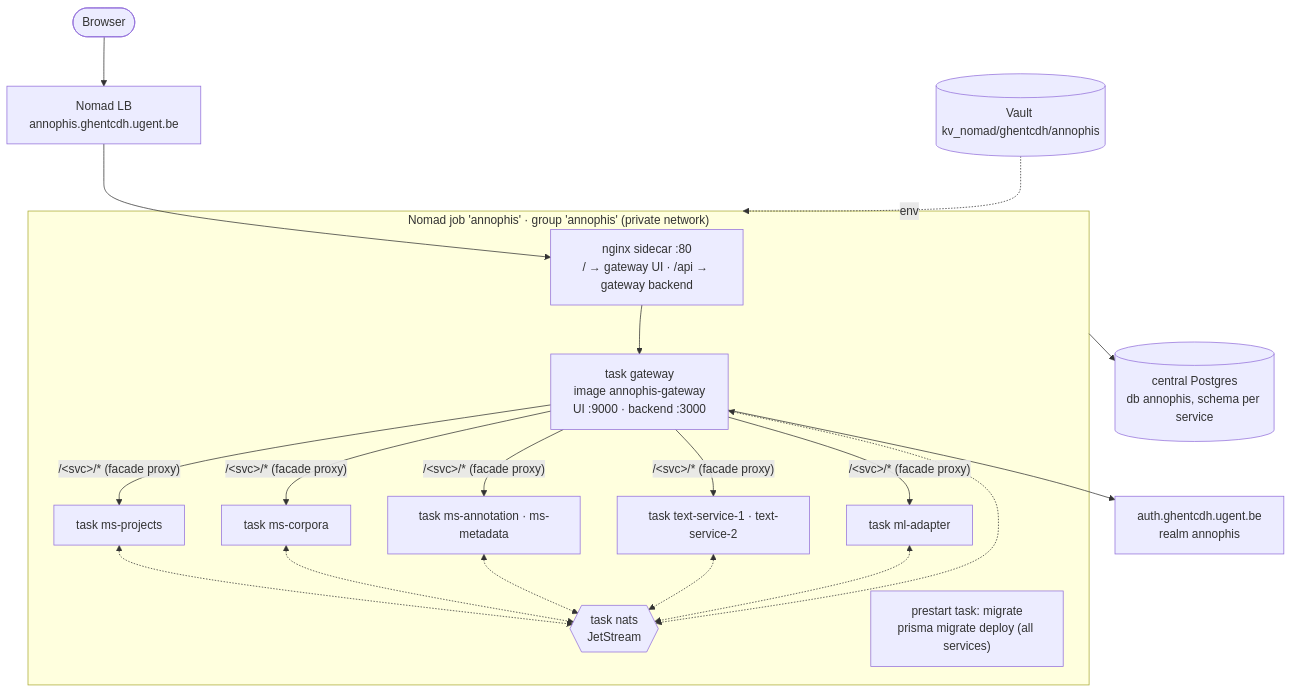
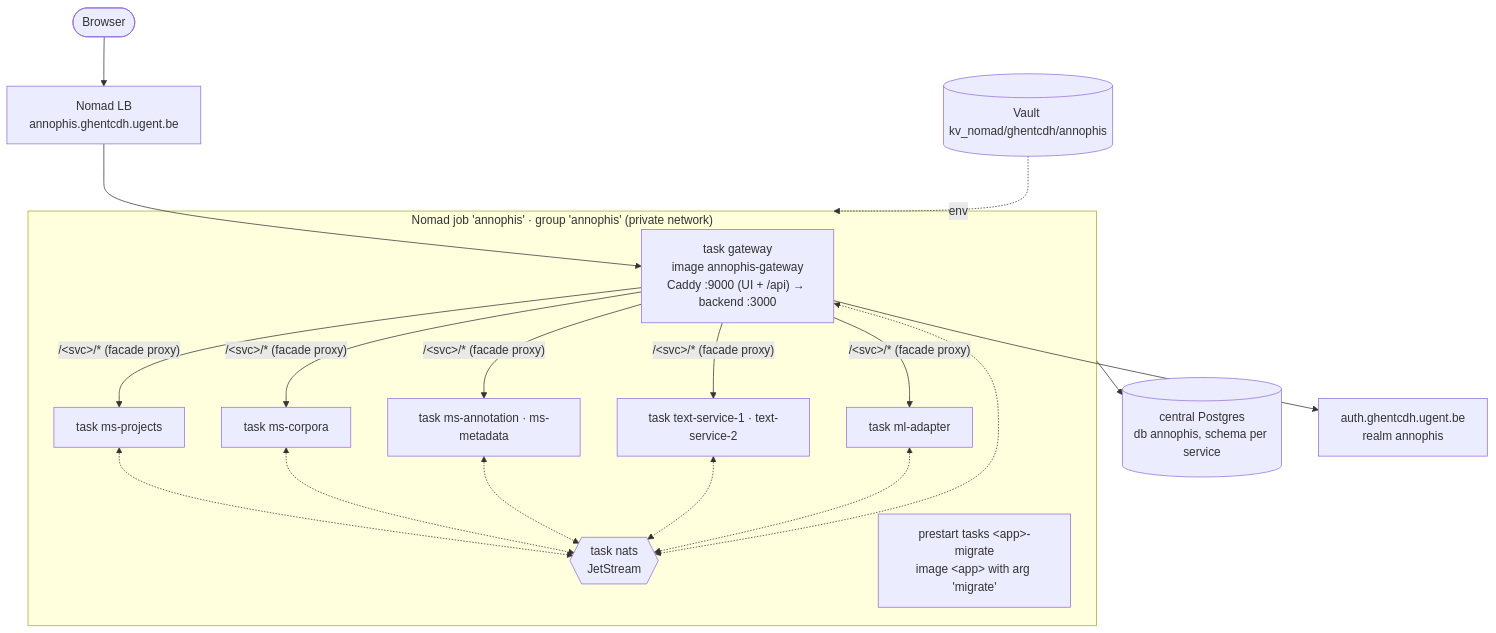
One commit to GhentCDH/annophis changed the second of 2 diagrams in docs/release-to-prod.md. Above: the diagram before and after it, drawn with Mermaid. The commit also changed other lines of this file and 38 other files, not shown here.

````diff
--- a/docs/release-to-prod.md
+++ b/docs/release-to-prod.md
@@ -35,21 +35,20 @@
 ```mermaid
 flowchart TB
   user([Browser]) --> lb["Nomad LB<br/>annophis.ghentcdh.ugent.be"]
   subgraph job["Nomad job 'annophis' · group 'annophis' (private network)"]
-    nginx["nginx sidecar :80<br/>/ → gateway UI · /api → gateway backend"]
-    gw["task gateway<br/>image annophis-gateway<br/>UI :9000 · backend :3000"]
+    gw["task gateway<br/>image annophis-gateway<br/>Caddy :9000 (UI + /api) → backend :3000"]
     s1["task ms-projects"]
     s2["task ms-corpora"]
     s3["task ms-annotation · ms-metadata"]
     s4["task text-service-1 · text-service-2"]
     s5["task ml-adapter"]
     nats{{"task nats<br/>JetStream"}}
-    mig["prestart task: migrate<br/>prisma migrate deploy (all services)"]
+    mig["prestart tasks #lt;app#gt;-migrate<br/>image #lt;app#gt; with arg 'migrate'"]
   end
-  lb --> nginx --> gw
+  lb --> gw
   gw -- "/#lt;svc#gt;/* (facade proxy)" --> s1 & s2 & s3 & s4 & s5
   s1 & s2 & s3 & s4 & s5 & gw <-.-> nats
   job --> pg[("central Postgres<br/>db annophis, schema per service")]
   gw --> kc["auth.ghentcdh.ugent.be<br/>realm annophis"]
   vault[(Vault kv_nomad/ghentcdh/annophis)] -. env .-> job
 ```
````
